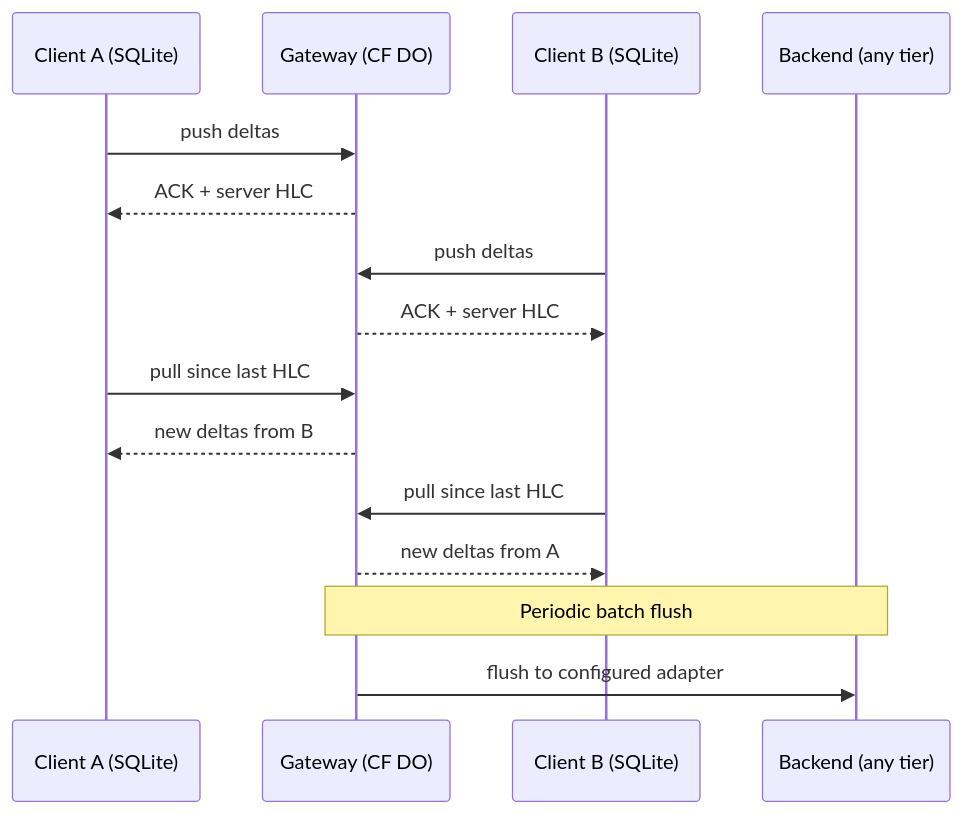
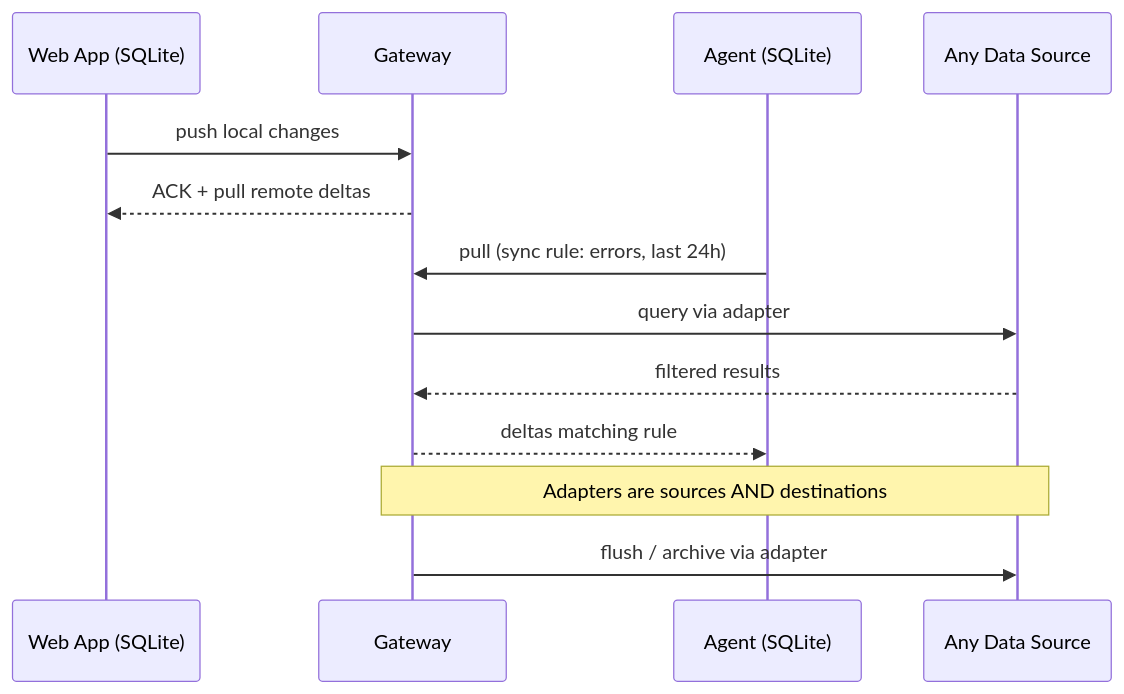
Before and after one commit to radekdymacz/lakesync: the first of 4 diagrams in apps/docs/content/docs/architecture.mdx, drawn with Mermaid. The commit also changed other lines of this file and 3 other files, not shown here.

First line of the commit message:
refactor: reposition LakeSync as universal sync engine for any data source

````diff
--- a/apps/docs/content/docs/architecture.mdx
+++ b/apps/docs/content/docs/architecture.mdx
@@ -10,18 +10,16 @@
 ```mermaid
 sequenceDiagram
-    participant A as Client A (SQLite)
-    participant GW as Gateway (CF DO)
-    participant B as Client B (SQLite)
-    participant BE as Backend (any tier)
+    participant A as Web App (SQLite)
+    participant GW as Gateway
+    participant B as Agent (SQLite)
+    participant Source as Any Data Source
 
-    A->>GW: push deltas
-    GW-->>A: ACK + server HLC
-    B->>GW: push deltas
-    GW-->>B: ACK + server HLC
-    A->>GW: pull since last HLC
-    GW-->>A: new deltas from B
-    B->>GW: pull since last HLC
-    GW-->>B: new deltas from A
-    Note over GW,BE: Periodic batch flush
-    GW->>BE: flush to configured adapter
+    A->>GW: push local changes
+    GW-->>A: ACK + pull remote deltas
+    B->>GW: pull (sync rule: errors, last 24h)
+    GW->>Source: query via adapter
+    Source-->>GW: filtered results
+    GW-->>B: deltas matching rule
+    Note over GW,Source: Adapters are sources AND destinations
+    GW->>Source: flush / archive via adapter
 ```
````
